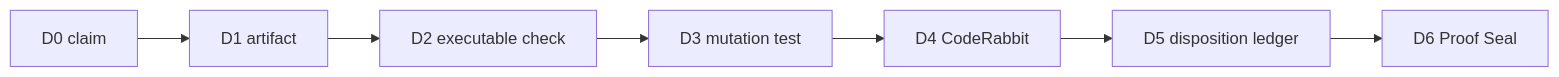
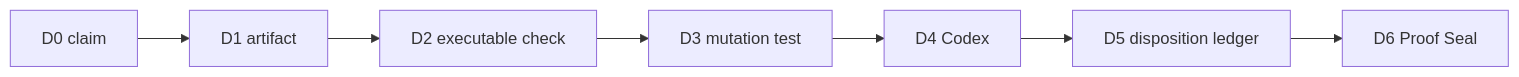
Before and after one commit to safal207/robys-coffee-house-demo: the diagram in docs/proof-depth-graph.md, drawn with Mermaid. The commit also changed other lines of this file, not shown here.

Commit message:
docs: update PDG reviewer role to Codex

````diff
--- a/docs/proof-depth-graph.md
+++ b/docs/proof-depth-graph.md
@@ -21,9 +21,9 @@
 ```mermaid
 flowchart LR
   C["D0 claim"] --> A["D1 artifact"]
   A --> V["D2 executable check"]
   V --> M["D3 mutation test"]
-  M --> R["D4 CodeRabbit"]
+  M --> R["D4 Codex"]
   R --> L["D5 disposition ledger"]
   L --> S["D6 Proof Seal"]
 ```
````
